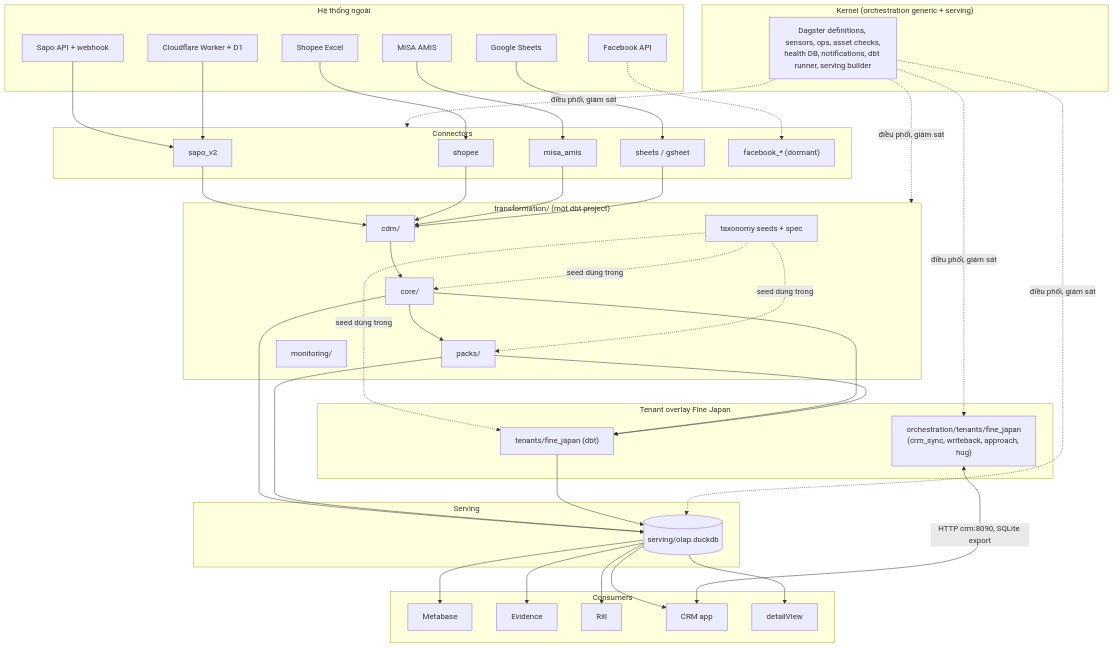
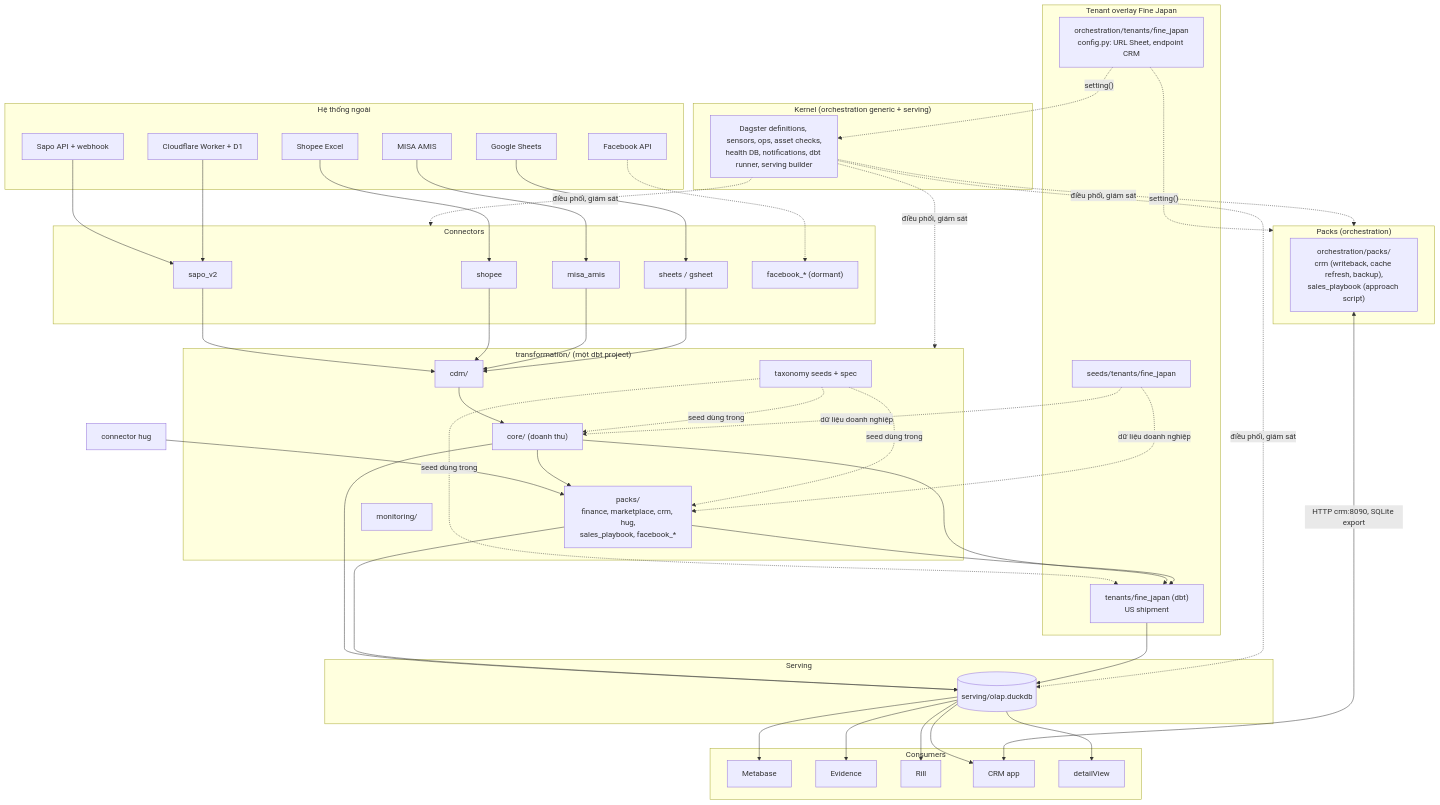
Before and after one commit to vantt/data-integration: the first of 13 diagrams in docs/architecture/modules.md, drawn with Mermaid. The commit also changed other lines of this file and 149 other files, not shown here.

First line of the commit message:
refactor(modules): move product logic into packs and keep only US shipment in the Fine Japan tenant

````diff
--- a/docs/architecture/modules.md
+++ b/docs/architecture/modules.md
@@ -40,56 +42,63 @@
 ```mermaid
 flowchart TB
     subgraph EXT["Hệ thống ngoài"]
         SAPO[Sapo API + webhook]
         CF["Cloudflare Worker + D1"]
         MISA[MISA AMIS]
         SHP[Shopee Excel]
         GS[Google Sheets]
         FB[Facebook API]
     end
     subgraph KERNEL["Kernel (orchestration generic + serving)"]
         K[Dagster definitions, sensors, ops, asset checks,<br/>health DB, notifications, dbt runner, serving builder]
     end
     subgraph CONN["Connectors"]
         C1[sapo_v2]
         C2[shopee]
         C3[misa_amis]
         C4[sheets / gsheet]
         C5["facebook_* (dormant)"]
     end
     subgraph DBT["transformation/ (một dbt project)"]
         CDM[cdm/]
-        CORE[core/]
-        PACK[packs/]
+        CORE["core/ (doanh thu)"]
+        PACK["packs/<br/>finance, marketplace, crm, hug,<br/>sales_playbook, facebook_*"]
         TAX[taxonomy seeds + spec]
         MON[monitoring/]
     end
+    subgraph PKO["Packs (orchestration)"]
+        PO["orchestration/packs/<br/>crm (writeback, cache refresh, backup),<br/>sales_playbook (approach script)"]
+    end
     subgraph FJ["Tenant overlay Fine Japan"]
-        FJD["tenants/fine_japan (dbt)"]
-        FJO["orchestration/tenants/fine_japan<br/>(crm_sync, writeback, approach, hug)"]
+        FJD["tenants/fine_japan (dbt)<br/>US shipment"]
+        FJS["seeds/tenants/fine_japan"]
+        FJO["orchestration/tenants/fine_japan<br/>config.py: URL Sheet, endpoint CRM"]
     end
     subgraph SRV["Serving"]
         OLAP[(serving/olap.duckdb)]
     end
     subgraph CONS["Consumers"]
         MB[Metabase]
         EV[Evidence]
         RL[Rill]
         CRMAPP[CRM app]
         DV[detailView]
     end
     SAPO --> C1
     CF --> C1
     MISA --> C3
     SHP --> C2
     GS --> C4
     FB -.-> C5
     C1 & C2 & C3 & C4 --> CDM
+    C5H["connector hug"] --> PACK
     CDM --> CORE --> PACK
     TAX -. "seed dùng trong" .-> CORE & PACK & FJD
+    FJS -. "dữ liệu doanh nghiệp" .-> PACK & CORE
     CORE & PACK --> FJD
     CORE & PACK & FJD --> OLAP
     OLAP --> MB & EV & RL & CRMAPP & DV
-    K -. "điều phối, giám sát" .-> CONN & DBT & FJO & OLAP
-    FJO <-->|"HTTP crm:8090, SQLite export"| CRMAPP
+    K -. "điều phối, giám sát" .-> CONN & DBT & PKO & OLAP
+    FJO -. "setting()" .-> K & PKO
+    PO <-->|"HTTP crm:8090, SQLite export"| CRMAPP
 ```
````
